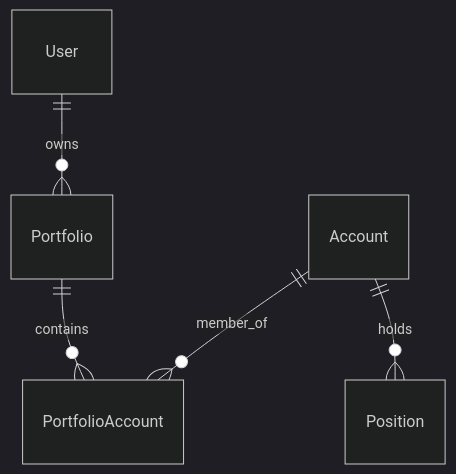
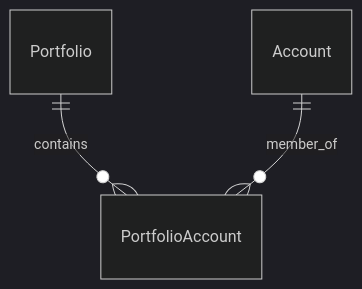
One commit to havekes/retail-portfolio changed the first of 3 diagrams in openwiki/workflows/portfolios.md. Above: the diagram before and after it, drawn with Mermaid (dark theme). The commit also changed other lines of this file and 57 other files, not shown here.

````diff
--- a/openwiki/workflows/portfolios.md
+++ b/openwiki/workflows/portfolios.md
@@ -112,7 +125,5 @@
 ```mermaid
 erDiagram
-  User ||--o{ Portfolio : owns
   Portfolio ||--o{ PortfolioAccount : contains
   Account ||--o{ PortfolioAccount : member_of
-  Account ||--o{ Position : holds
 ```
````
